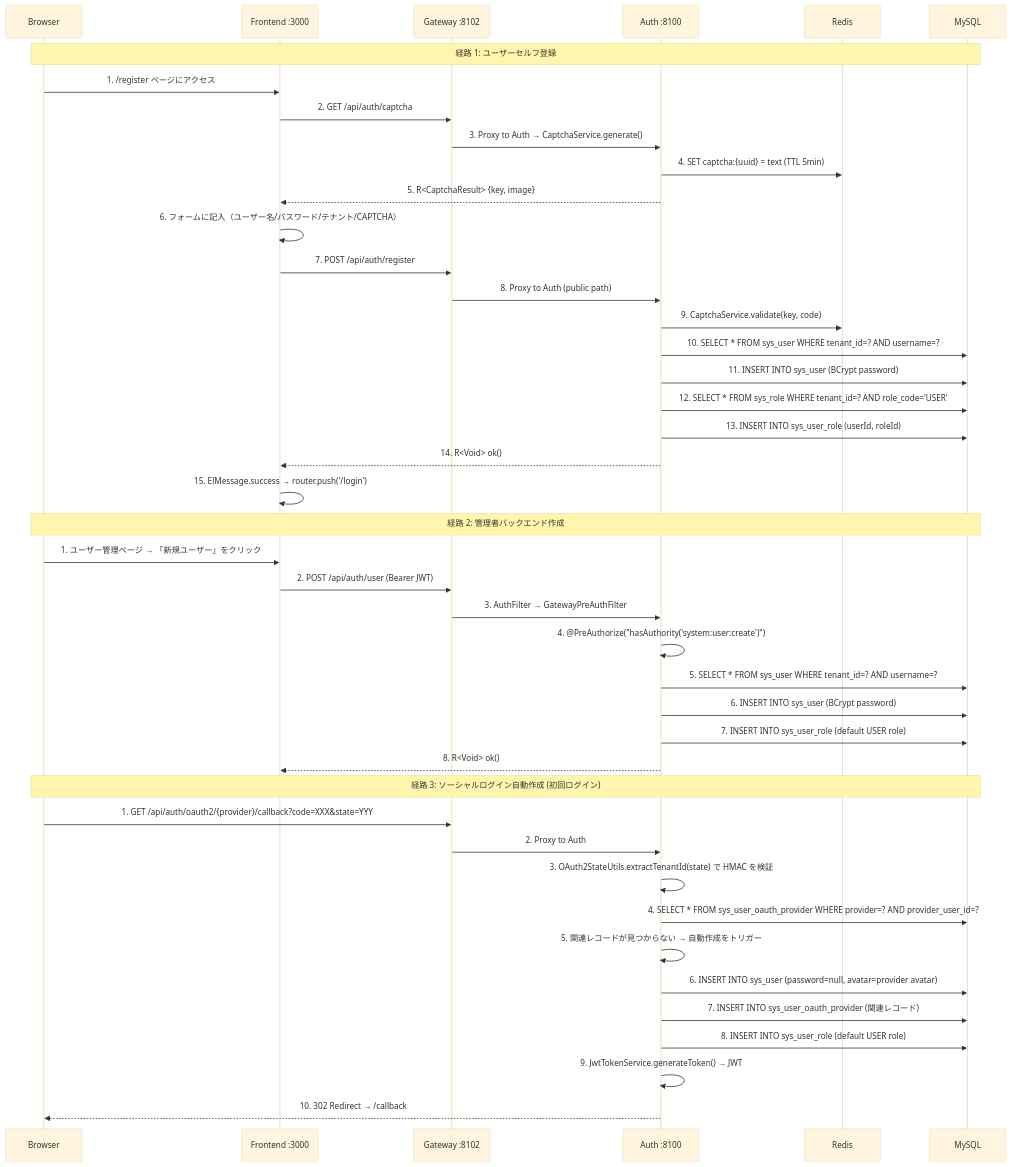
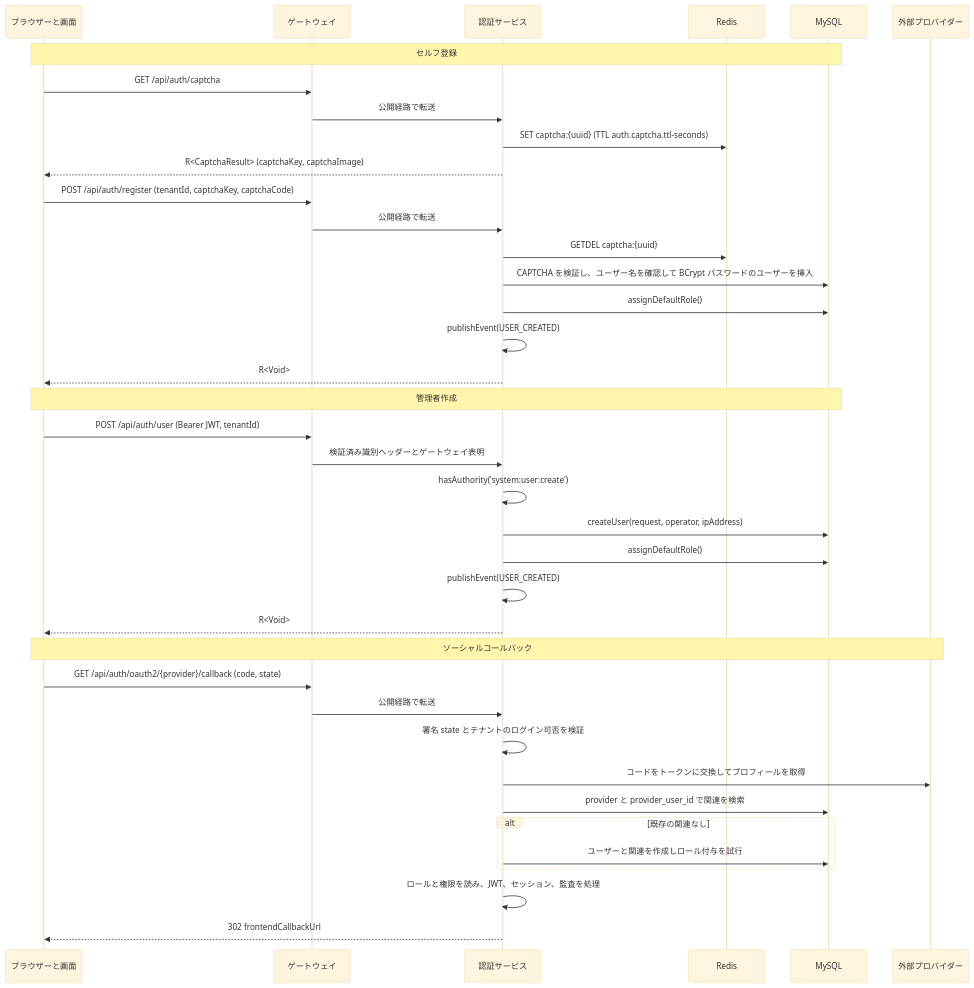
Before and after one commit to wang-baohai/Omni-Stack: the seventh of 21 diagrams in docs/core-flows.jp.md, drawn with Mermaid (base theme). The commit also changed other lines of this file and 1095 other files, not shown here.

````diff
--- a/docs/core-flows.jp.md
+++ b/docs/core-flows.jp.md
@@ -825,48 +683,40 @@
 ```mermaid
 sequenceDiagram
-    participant B as Browser
-    participant F as Frontend :3000
-    participant G as Gateway :8102
-    participant A as Auth :8100
+    participant C as ブラウザーと画面
+    participant G as ゲートウェイ
+    participant A as 認証サービス
     participant R as Redis
-    participant M as MySQL
-
-    Note over B,M: 経路 1: ユーザーセルフ登録
-    B->>F: 1. /register ページにアクセス
-    F->>G: 2. GET /api/auth/captcha
-    G->>A: 3. Proxy to Auth → CaptchaService.generate()
-    A->>R: 4. SET captcha:{uuid} = text (TTL 5min)
-    A-->>F: 5. R<CaptchaResult> {key, image}
-    F->>F: 6. フォームに記入（ユーザー名/パスワード/テナント/CAPTCHA）
-    F->>G: 7. POST /api/auth/register
-    G->>A: 8. Proxy to Auth (public path)
-    A->>R: 9. CaptchaService.validate(key, code)
-    A->>M: 10. SELECT * FROM sys_user WHERE tenant_id=? AND username=?
-    A->>M: 11. INSERT INTO sys_user (BCrypt password)
-    A->>M: 12. SELECT * FROM sys_role WHERE tenant_id=? AND role_code='USER'
-    A->>M: 13. INSERT INTO sys_user_role (userId, roleId)
-    A-->>F: 14. R<Void> ok()
-    F->>F: 15. ElMessage.success → router.push('/login')
-
-    Note over B,M: 経路 2: 管理者バックエンド作成
-    B->>F: 1. ユーザー管理ページ → 「新規ユーザー」をクリック
-    F->>G: 2. POST /api/auth/user (Bearer JWT)
-    G->>A: 3. AuthFilter → GatewayPreAuthFilter
-    A->>A: 4. @PreAuthorize("hasAuthority('system:user:create')")
-    A->>M: 5. SELECT * FROM sys_user WHERE tenant_id=? AND username=?
-    A->>M: 6. INSERT INTO sys_user (BCrypt password)
-    A->>M: 7. INSERT INTO sys_user_role (default USER role)
-    A-->>F: 8. R<Void> ok()
-
-    Note over B,M: 経路 3: ソーシャルログイン自動作成 (初回ログイン)
-    B->>G: 1. GET /api/auth/oauth2/{provider}/callback?code=XXX&state=YYY
-    G->>A: 2. Proxy to Auth
-    A->>A: 3. OAuth2StateUtils.extractTenantId(state) で HMAC を検証
-    A->>M: 4. SELECT * FROM sys_user_oauth_provider WHERE provider=? AND provider_user_id=?
-    A->>A: 5. 関連レコードが見つからない → 自動作成をトリガー
-    A->>M: 6. INSERT INTO sys_user (password=null, avatar=provider avatar)
-    A->>M: 7. INSERT INTO sys_user_oauth_provider (関連レコード)
-    A->>M: 8. INSERT INTO sys_user_role (default USER role)
-    A->>A: 9. JwtTokenService.generateToken() → JWT
-    A-->>B: 10. 302 Redirect → /callback#token=JWT
+    participant D as MySQL
+    participant P as 外部プロバイダー
+    Note over C,D: セルフ登録
+    C->>G: GET /api/auth/captcha
+    G->>A: 公開経路で転送
+    A->>R: SET captcha:{uuid} (TTL auth.captcha.ttl-seconds)
+    A-->>C: R<CaptchaResult> (captchaKey, captchaImage)
+    C->>G: POST /api/auth/register (tenantId, captchaKey, captchaCode)
+    G->>A: 公開経路で転送
+    A->>R: GETDEL captcha:{uuid}
+    A->>D: CAPTCHA を検証し、ユーザー名を確認して BCrypt パスワードのユーザーを挿入
+    A->>D: assignDefaultRole()
+    A->>A: publishEvent(USER_CREATED)
+    A-->>C: R<Void>
+    Note over C,D: 管理者作成
+    C->>G: POST /api/auth/user (Bearer JWT, tenantId)
+    G->>A: 検証済み識別ヘッダーとゲートウェイ表明
+    A->>A: hasAuthority('system:user:create')
+    A->>D: createUser(request, operator, ipAddress)
+    A->>D: assignDefaultRole()
+    A->>A: publishEvent(USER_CREATED)
+    A-->>C: R<Void>
+    Note over C,P: ソーシャルコールバック
+    C->>G: GET /api/auth/oauth2/{provider}/callback (code, state)
+    G->>A: 公開経路で転送
+    A->>A: 署名 state とテナントのログイン可否を検証
+    A->>P: コードをトークンに交換してプロフィールを取得
+    A->>D: provider と provider_user_id で関連を検索
+    alt 既存の関連なし
+        A->>D: ユーザーと関連を作成しロール付与を試行
+    end
+    A->>A: ロールと権限を読み、JWT、セッション、監査を処理
+    A-->>C: 302 frontendCallbackUrl#token=...&username=...
 ```
````
